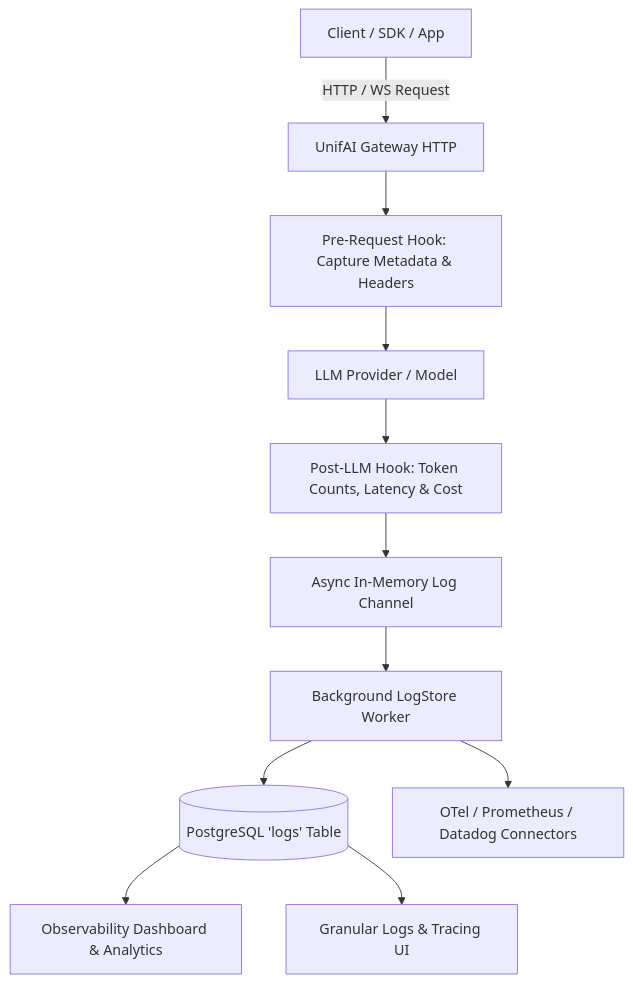
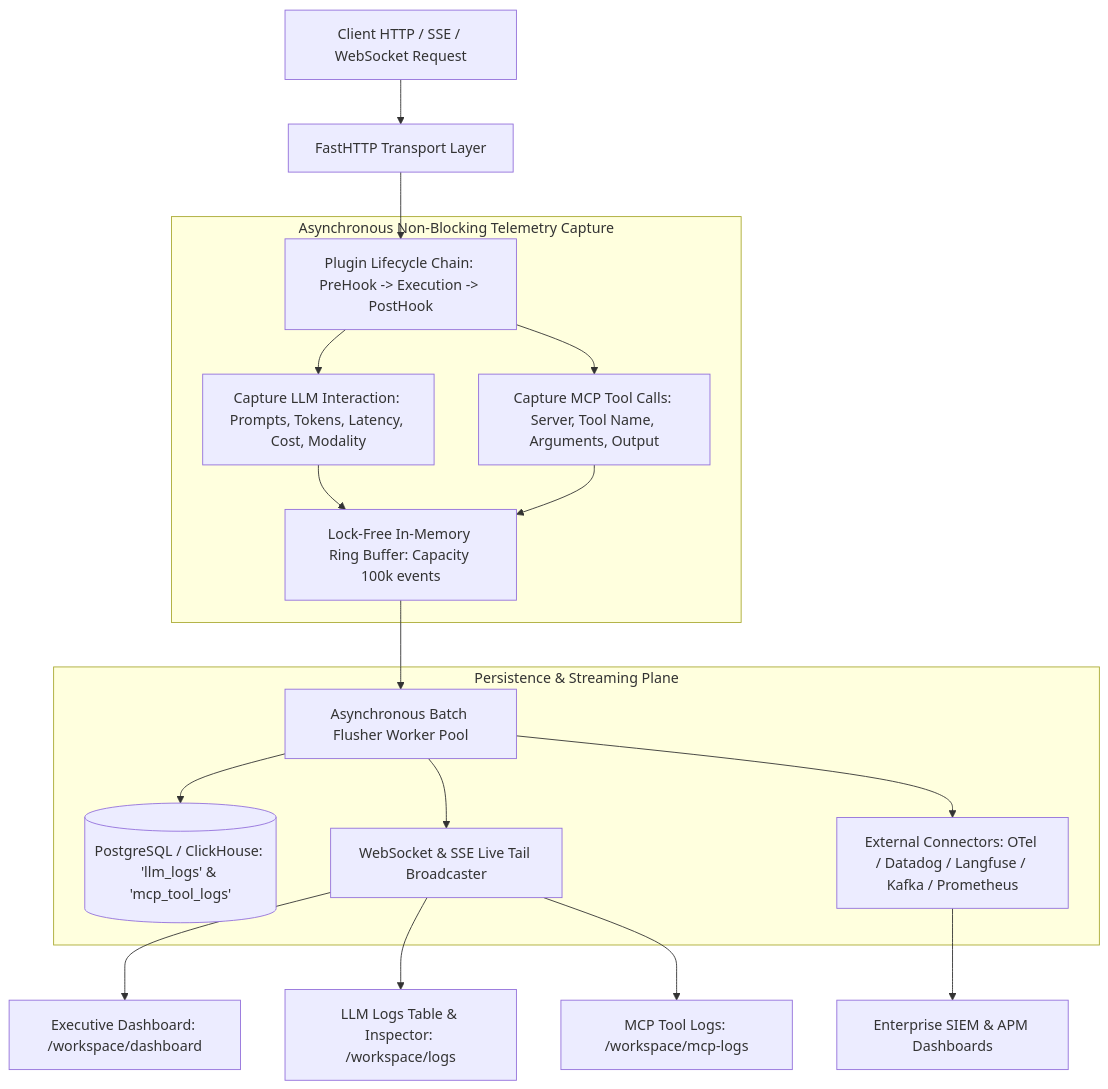
Before and after one commit to THIRUPUGAL-2003/unifai_product: the first of 3 diagrams in md/Observability.md, drawn with Mermaid. The commit also changed other lines of this file and 253 other files, not shown here.

````diff
--- a/md/Observability.md
+++ b/md/Observability.md
@@ -18,13 +11,24 @@
 ```mermaid
 flowchart TD
-    Client[Client / SDK / App] -->|HTTP / WS Request| Gateway[UnifAI Gateway HTTP]
-    Gateway --> PreLog[Pre-Request Hook: Capture Metadata & Headers]
-    PreLog --> LLM[LLM Provider / Model]
-    LLM --> PostLog[Post-LLM Hook: Token Counts, Latency & Cost]
-    PostLog --> AsyncChannel[Async In-Memory Log Channel]
-    AsyncChannel --> LogStoreWorker[Background LogStore Worker]
-    LogStoreWorker --> PG[(PostgreSQL 'logs' Table)]
-    LogStoreWorker --> OTEL[OTel / Prometheus / Datadog Connectors]
-    PG --> Dashboard[Observability Dashboard & Analytics]
-    PG --> LogViewer[Granular Logs & Tracing UI]
+    ClientReq[Client HTTP / SSE / WebSocket Request] --> Gateway[FastHTTP Transport Layer]
+    Gateway --> Hooks[Plugin Lifecycle Chain: PreHook -> Execution -> PostHook]
+    
+    subgraph CapturePipeline["Asynchronous Non-Blocking Telemetry Capture"]
+        Hooks --> CaptureLLM[Capture LLM Interaction: Prompts, Tokens, Latency, Cost, Modality]
+        Hooks --> CaptureMCP[Capture MCP Tool Calls: Server, Tool Name, Arguments, Output]
+        CaptureLLM & CaptureMCP --> RingBuffer[Lock-Free In-Memory Ring Buffer: Capacity 100k events]
+    end
+
+    RingBuffer --> WorkerPool[Asynchronous Batch Flusher Worker Pool]
+    
+    subgraph StorageAndStreaming["Persistence & Streaming Plane"]
+        WorkerPool --> PGStore[(PostgreSQL / ClickHouse: 'llm_logs' & 'mcp_tool_logs')]
+        WorkerPool --> WebSocketHub[WebSocket & SSE Live Tail Broadcaster]
+        WorkerPool --> Exporters[External Connectors: OTel / Datadog / Langfuse / Kafka / Prometheus]
+    end
+
+    WebSocketHub --> DashboardUI[Executive Dashboard: /workspace/dashboard]
+    WebSocketHub --> LogsUI[LLM Logs Table & Inspector: /workspace/logs]
+    WebSocketHub --> MCPLogsUI[MCP Tool Logs: /workspace/mcp-logs]
+    Exporters --> EnterpriseSIEM[Enterprise SIEM & APM Dashboards]
 ```
````
